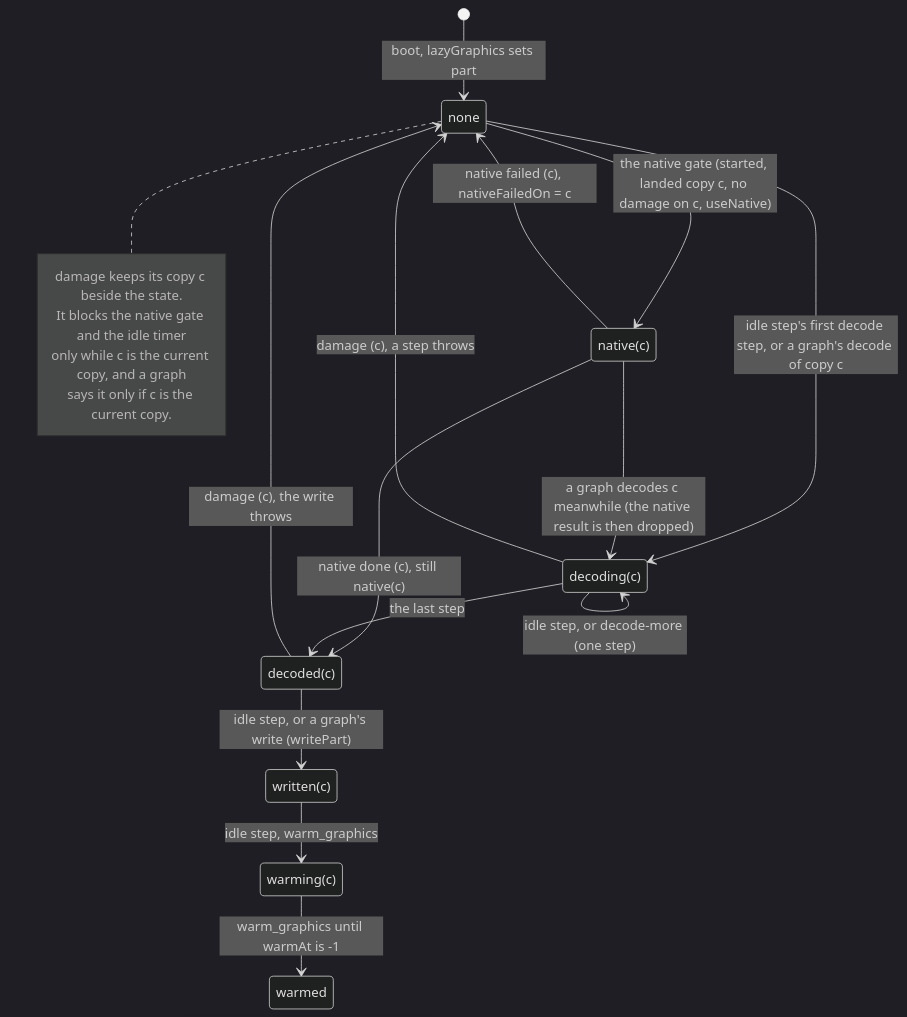
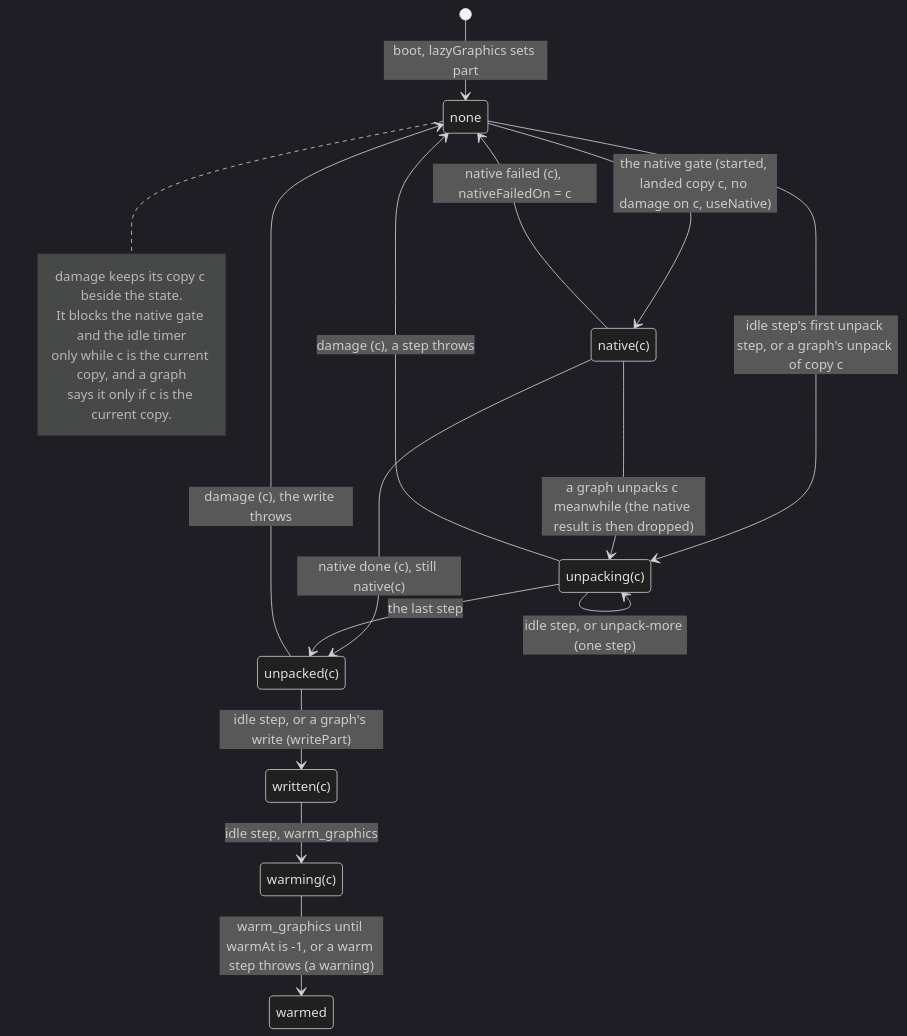
One commit to jeffzyliu/dofile changed the fifth of 6 diagrams in docs/design/lazy-graphics.md. Above: the diagram before and after it, drawn with Mermaid (dark theme). The commit also changed other lines of this file, not shown here.

Commit message:
docs: the R1 note's names (copy and HDR_COPY, SeqReader, setWord/setBytes and readWord/readBytes, PartReason, waitMs, the withBytes option, the unpack words, askedOn) and the maintainer's four decisions, with a usage sketch of writeSeq and readSeq

````diff
--- a/docs/design/lazy-graphics.md
+++ b/docs/design/lazy-graphics.md
@@ -366,28 +371,28 @@
 ```mermaid
 stateDiagram-v2
     state "none" as nothing
     state "native(c)" as native
-    state "decoding(c)" as decoding
-    state "decoded(c)" as decoded
+    state "unpacking(c)" as unpacking
+    state "unpacked(c)" as unpacked
     state "written(c)" as written
     state "warming(c)" as warming
     [*] --> nothing: boot, lazyGraphics sets part
     nothing --> native: the native gate (started, landed copy c, no damage on c, useNative)
-    nothing --> decoding: idle step's first decode step, or a graph's decode of copy c
-    native --> decoding: a graph decodes c meanwhile (the native result is then dropped)
-    native --> decoded: native done (c), still native(c)
+    nothing --> unpacking: idle step's first unpack step, or a graph's unpack of copy c
+    native --> unpacking: a graph unpacks c meanwhile (the native result is then dropped)
+    native --> unpacked: native done (c), still native(c)
     native --> nothing: native failed (c), nativeFailedOn = c
-    decoding --> decoding: idle step, or decode-more (one step)
-    decoding --> decoded: the last step
-    decoded --> written: idle step, or a graph's write (writePart)
+    unpacking --> unpacking: idle step, or unpack-more (one step)
+    unpacking --> unpacked: the last step
+    unpacked --> written: idle step, or a graph's write (writePart)
     written --> warming: idle step, warm_graphics
-    warming --> warmed: warm_graphics until warmAt is -1
-    decoding --> nothing: damage (c), a step throws
-    decoded --> nothing: damage (c), the write throws
+    warming --> warmed: warm_graphics until warmAt is -1, or a warm step throws (a warning)
+    unpacking --> nothing: damage (c), a step throws
+    unpacked --> nothing: damage (c), the write throws
     note right of nothing
         damage keeps its copy c beside the state.
         It blocks the native gate and the idle timer
         only while c is the current copy, and a graph
         says it only if c is the current copy.
     end note
 ```
````
